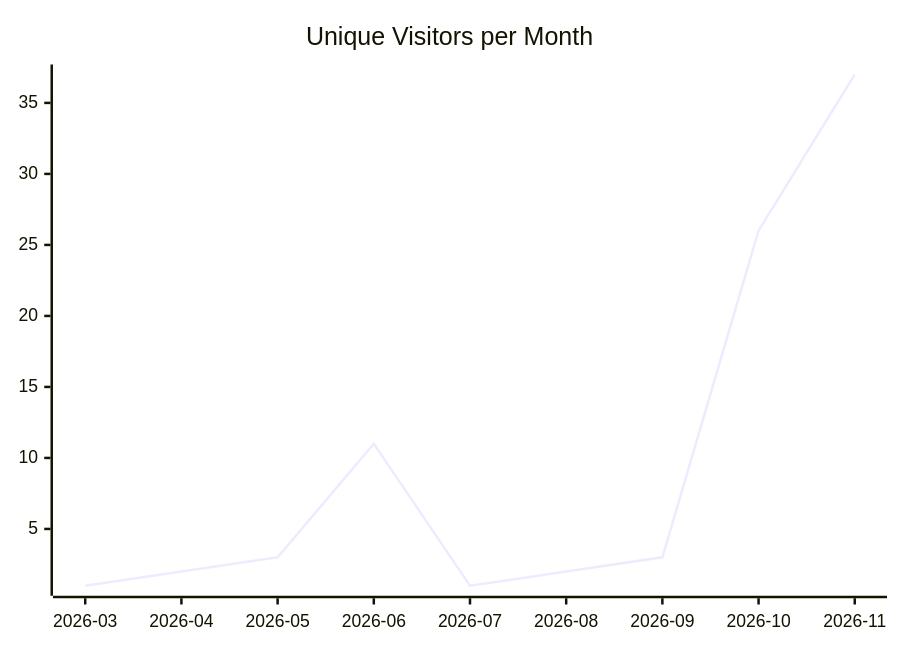
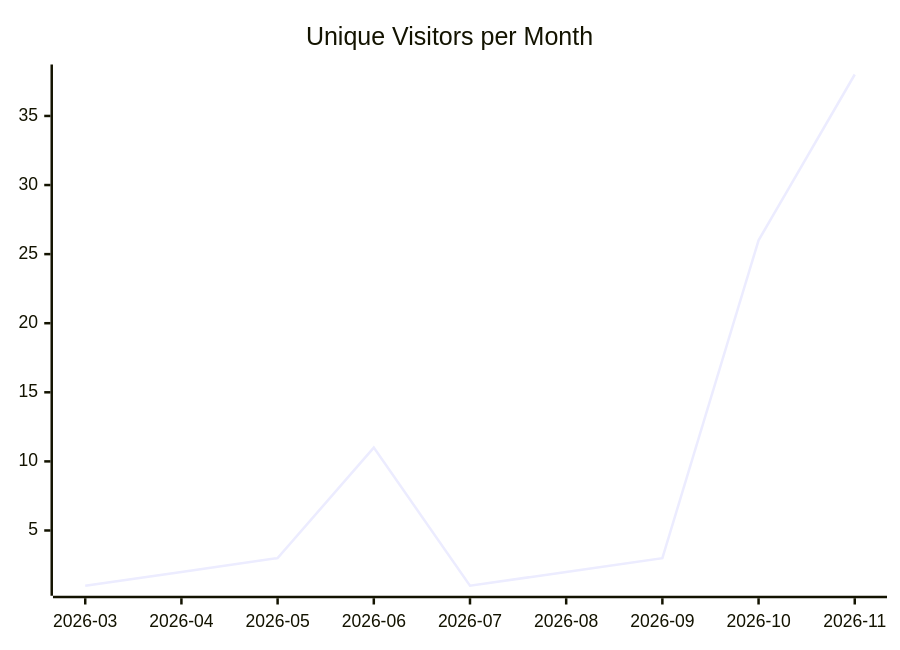
Before and after one commit to justdavis-family/github-analytics-data: the first of 3 diagrams in karlmdavis/justdavis-ansible/README.md, drawn with Mermaid. The commit also changed other lines of this file and 199 other files, not shown here.

````diff
--- a/karlmdavis/justdavis-ansible/README.md
+++ b/karlmdavis/justdavis-ansible/README.md
@@ -5,6 +5,6 @@
 ```mermaid
 xychart-beta
   title "Unique Visitors per Month"
   x-axis ["2026-03", "2026-04", "2026-05", "2026-06", "2026-07", "2026-08", "2026-09", "2026-10", "2026-11"]
-  line [1, 2, 3, 11, 1, 2, 3, 26, 37]
+  line [1, 2, 3, 11, 1, 2, 3, 26, 38]
 ```
````
